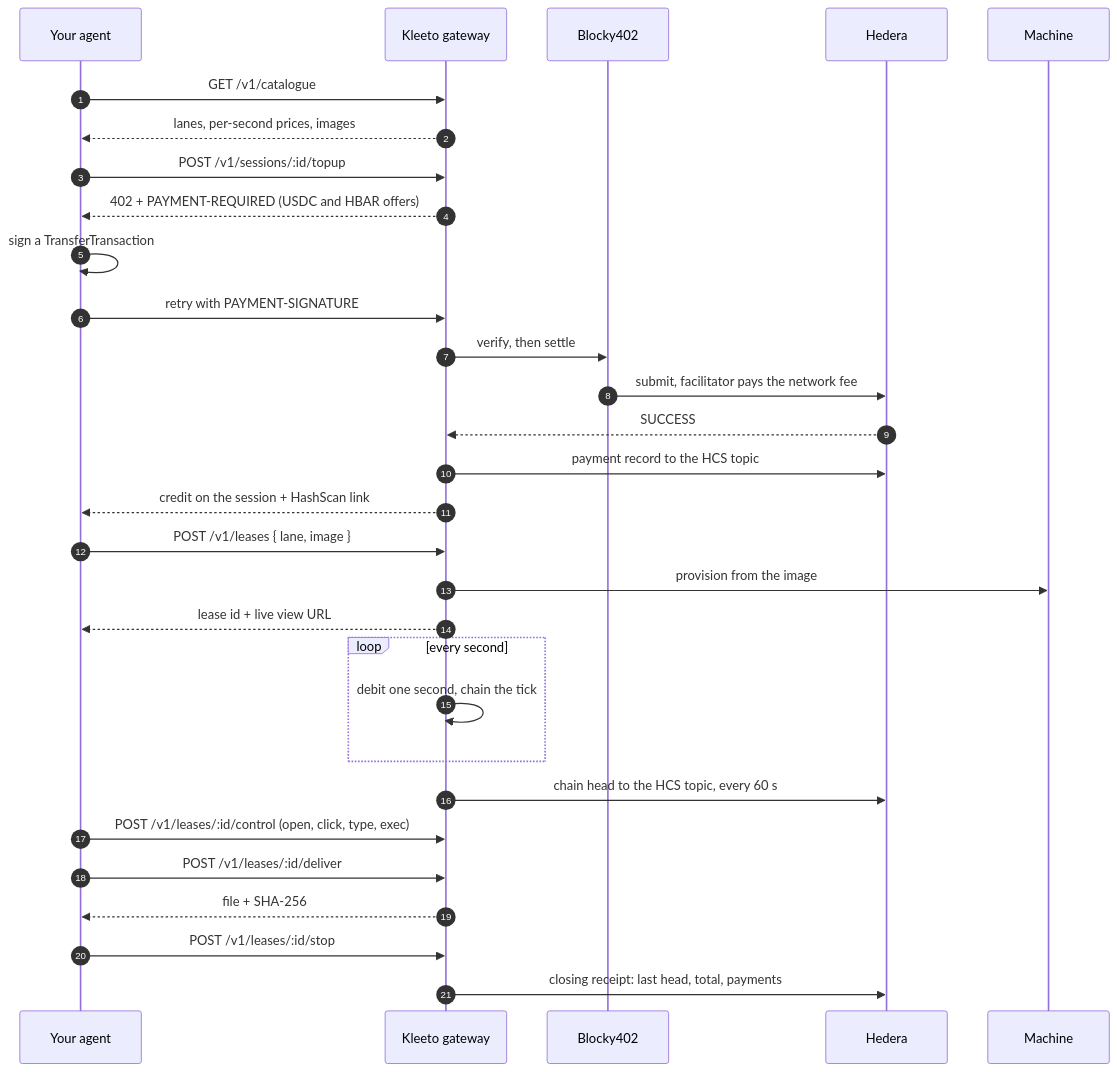
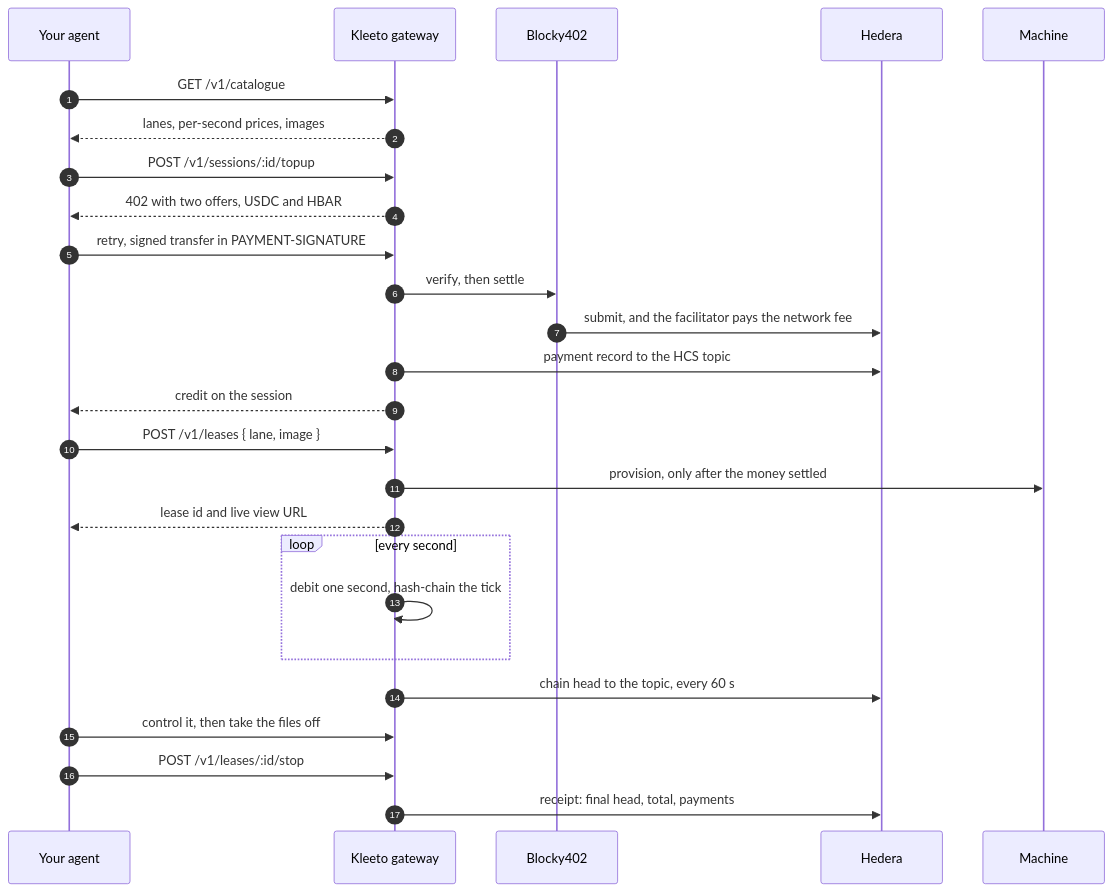
Before and after one commit to akash-mondal/kleeto: the diagram in README.md, drawn with Mermaid. The commit also changed other lines of this file, not shown here.

````diff
--- a/README.md
+++ b/README.md
@@ -178,33 +95,29 @@
 ```mermaid
 sequenceDiagram
     autonumber
     participant A as Your agent
     participant K as Kleeto gateway
     participant F as Blocky402
     participant H as Hedera
     participant M as Machine
 
     A->>K: GET /v1/catalogue
     K-->>A: lanes, per-second prices, images
     A->>K: POST /v1/sessions/:id/topup
-    K-->>A: 402 + PAYMENT-REQUIRED (USDC and HBAR offers)
-    A->>A: sign a TransferTransaction
-    A->>K: retry with PAYMENT-SIGNATURE
+    K-->>A: 402 with two offers, USDC and HBAR
+    A->>K: retry, signed transfer in PAYMENT-SIGNATURE
     K->>F: verify, then settle
-    F->>H: submit, facilitator pays the network fee
-    H-->>K: SUCCESS
+    F->>H: submit, and the facilitator pays the network fee
     K->>H: payment record to the HCS topic
-    K-->>A: credit on the session + HashScan link
+    K-->>A: credit on the session
     A->>K: POST /v1/leases { lane, image }
-    K->>M: provision from the image
-    K-->>A: lease id + live view URL
+    K->>M: provision, only after the money settled
+    K-->>A: lease id and live view URL
     loop every second
-        K->>K: debit one second, chain the tick
+        K->>K: debit one second, hash-chain the tick
     end
-    K->>H: chain head to the HCS topic, every 60 s
-    A->>K: POST /v1/leases/:id/control (open, click, type, exec)
-    A->>K: POST /v1/leases/:id/deliver
-    K-->>A: file + SHA-256
+    K->>H: chain head to the topic, every 60 s
+    A->>K: control it, then take the files off
     A->>K: POST /v1/leases/:id/stop
-    K->>H: closing receipt: last head, total, payments
+    K->>H: receipt: final head, total, payments
 ```
````
